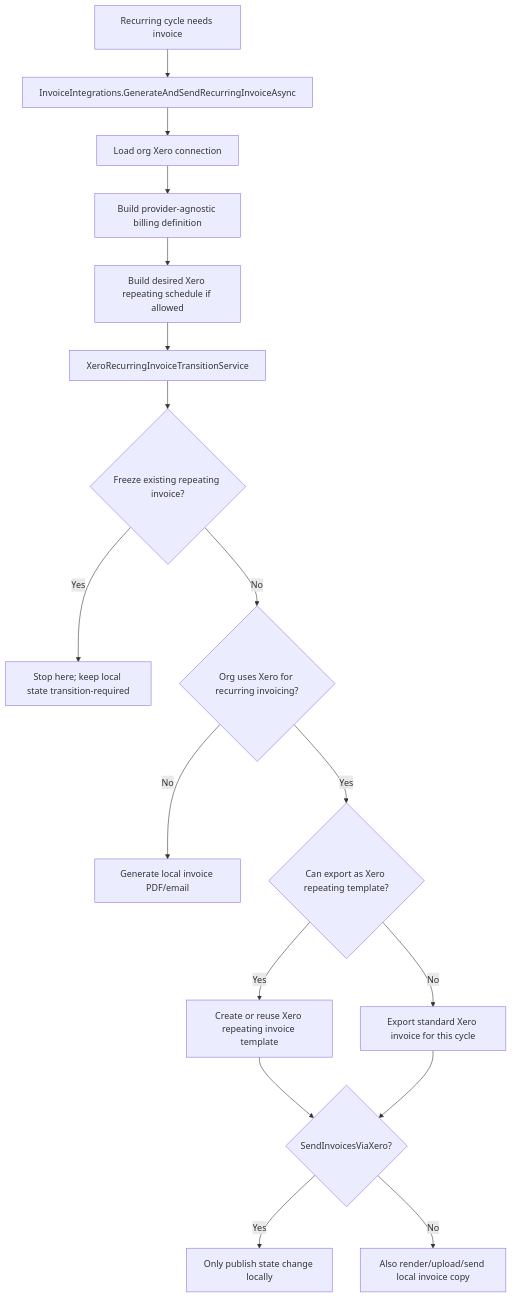
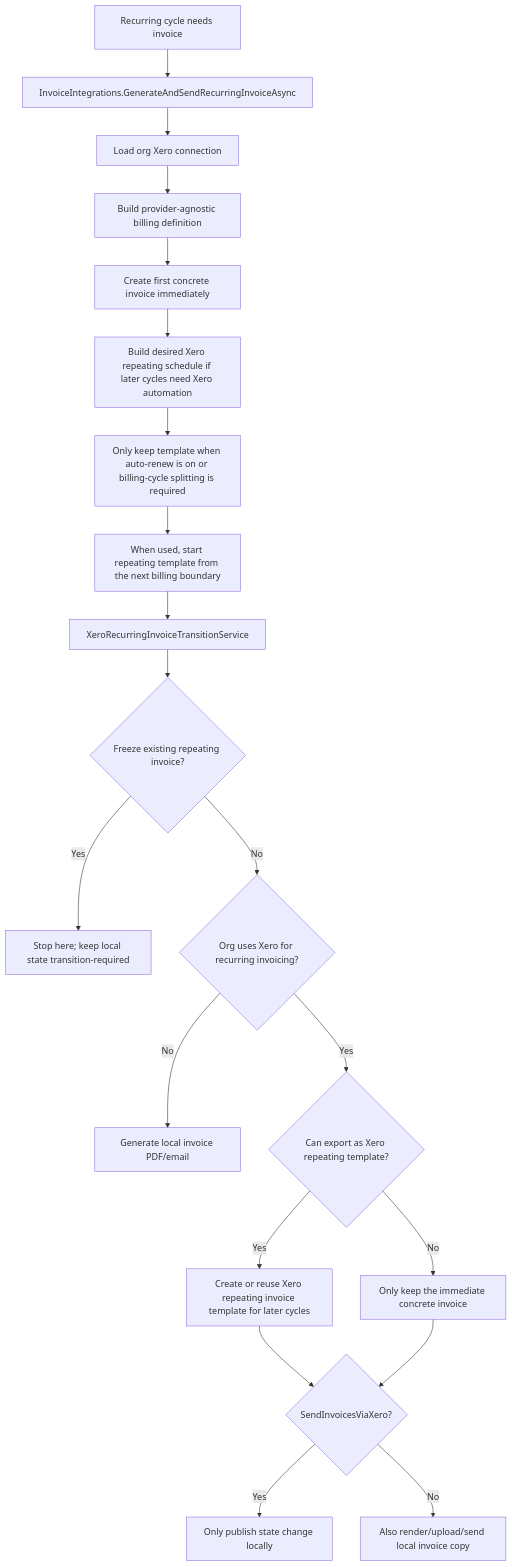
Before and after one commit to skedular/skedular: the eighth of 13 diagrams in booking/docs/architecture/booking-runtime-flows.md, drawn with Mermaid. The commit also changed other lines of this file and 5 other files, not shown here.

Commit message:
Always send repeating invoice only on renewal subscription from the next billing cycle

````diff
--- a/booking/docs/architecture/booking-runtime-flows.md
+++ b/booking/docs/architecture/booking-runtime-flows.md
@@ -202,22 +203,25 @@
 ```mermaid
 flowchart TD
     A["Recurring cycle needs invoice"] --> B["InvoiceIntegrations.GenerateAndSendRecurringInvoiceAsync"]
     B --> C["Load org Xero connection"]
     C --> D["Build provider-agnostic billing definition"]
-    D --> E["Build desired Xero repeating schedule if allowed"]
-    E --> F["XeroRecurringInvoiceTransitionService"]
+    D --> E["Create first concrete invoice immediately"]
+    E --> F["Build desired Xero repeating schedule if later cycles need Xero automation"]
+    F --> G["Only keep template when auto-renew is on or billing-cycle splitting is required"]
+    G --> H["When used, start repeating template from the next billing boundary"]
+    H --> I["XeroRecurringInvoiceTransitionService"]
 
-    F --> G{"Freeze existing repeating invoice?"}
-    G -->|Yes| H["Stop here; keep local state transition-required"]
-    G -->|No| I{"Org uses Xero for recurring invoicing?"}
+    I --> J{"Freeze existing repeating invoice?"}
+    J -->|Yes| K["Stop here; keep local state transition-required"]
+    J -->|No| L{"Org uses Xero for recurring invoicing?"}
 
-    I -->|No| J["Generate local invoice PDF/email"]
-    I -->|Yes| K{"Can export as Xero repeating template?"}
-    K -->|Yes| L["Create or reuse Xero repeating invoice template"]
-    K -->|No| M["Export standard Xero invoice for this cycle"]
+    L -->|No| M["Generate local invoice PDF/email"]
+    L -->|Yes| N{"Can export as Xero repeating template?"}
+    N -->|Yes| O["Create or reuse Xero repeating invoice template for later cycles"]
+    N -->|No| P["Only keep the immediate concrete invoice"]
 
-    L --> N{"SendInvoicesViaXero?"}
-    M --> N
-    N -->|Yes| O["Only publish state change locally"]
-    N -->|No| P["Also render/upload/send local invoice copy"]
+    O --> Q{"SendInvoicesViaXero?"}
+    P --> Q
+    Q -->|Yes| R["Only publish state change locally"]
+    Q -->|No| S["Also render/upload/send local invoice copy"]
 ```
````
